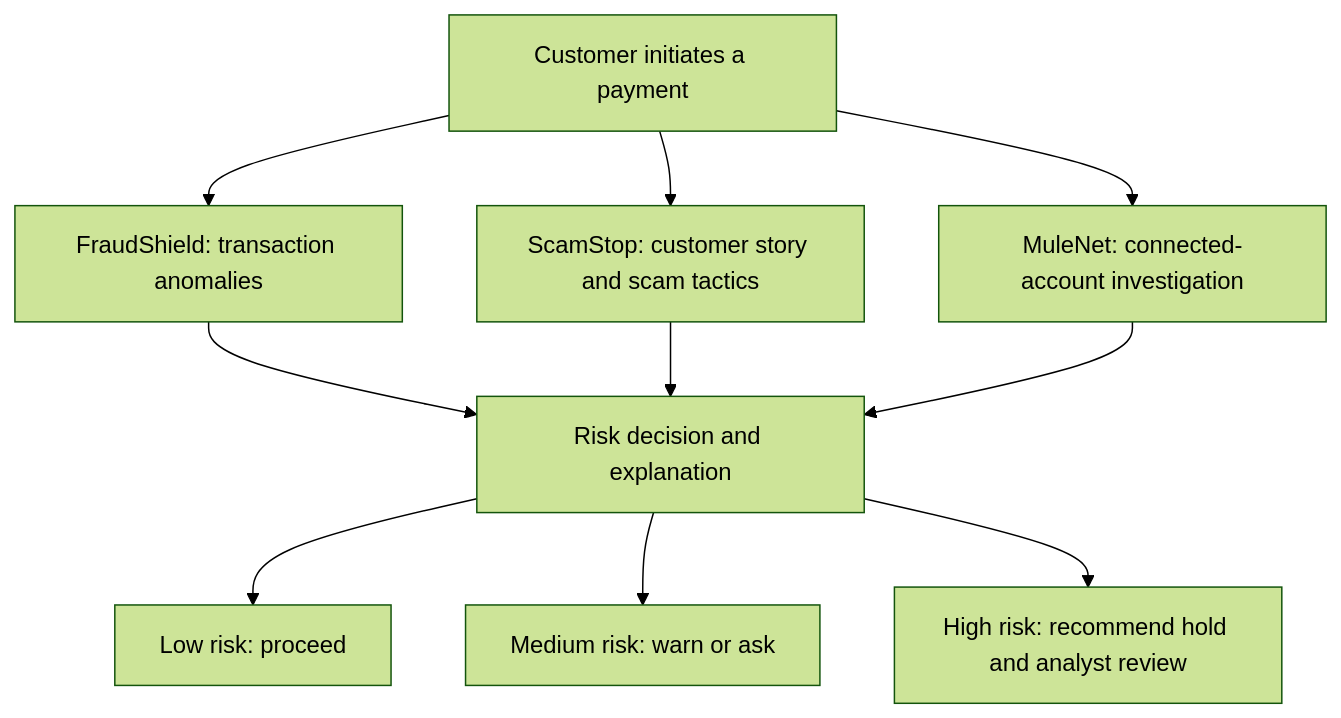
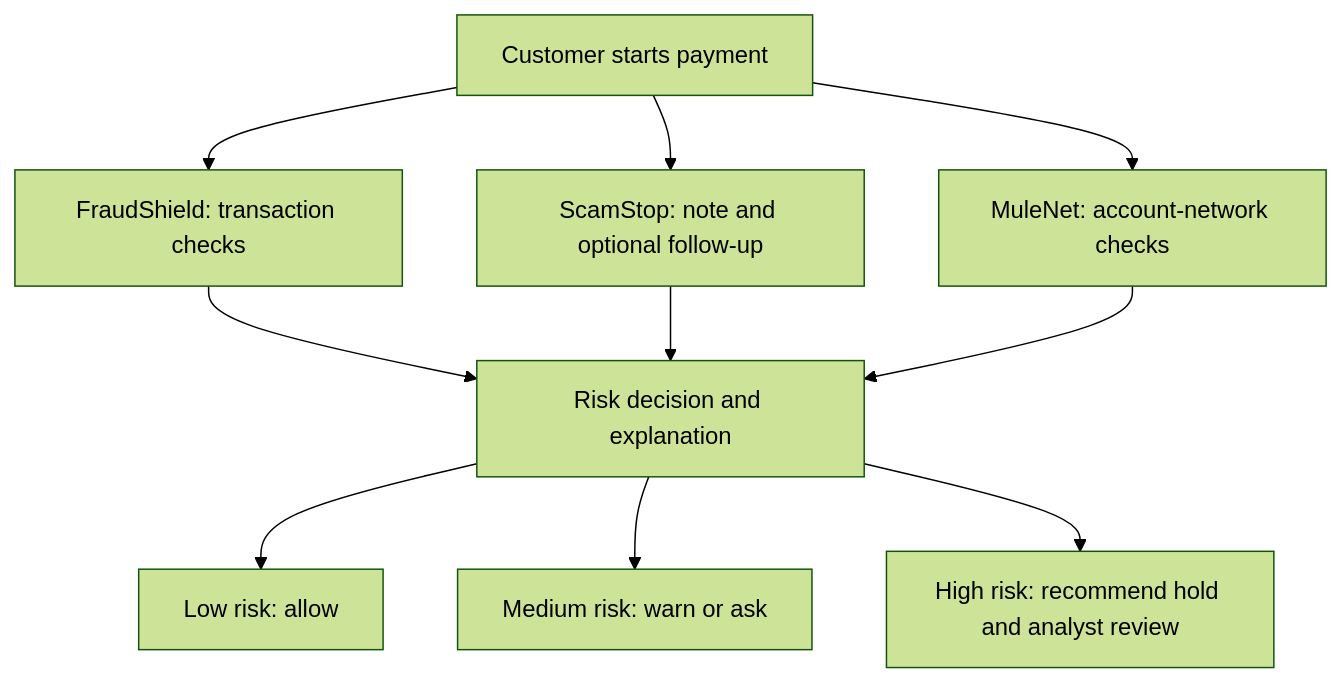
The diagram in README.md (05lakb/scamguard), drawn with Mermaid (forest theme) before and after one commit. The commit also changed other lines of this file, not shown here.

````diff
--- a/README.md
+++ b/README.md
@@ -21,12 +18,12 @@
 ```mermaid
 flowchart TB
-    P["Customer initiates a payment"] --> F["FraudShield: transaction anomalies"]
-    P --> S["ScamStop: customer story and scam tactics"]
-    P --> M["MuleNet: connected-account investigation"]
+    P["Customer starts payment"] --> F["FraudShield: transaction checks"]
+    P --> S["ScamStop: note and optional follow-up"]
+    P --> M["MuleNet: account-network checks"]
     F --> D["Risk decision and explanation"]
     S --> D
     M --> D
-    D --> L["Low risk: proceed"]
+    D --> L["Low risk: allow"]
     D --> W["Medium risk: warn or ask"]
     D --> H["High risk: recommend hold and analyst review"]
 ```
````
